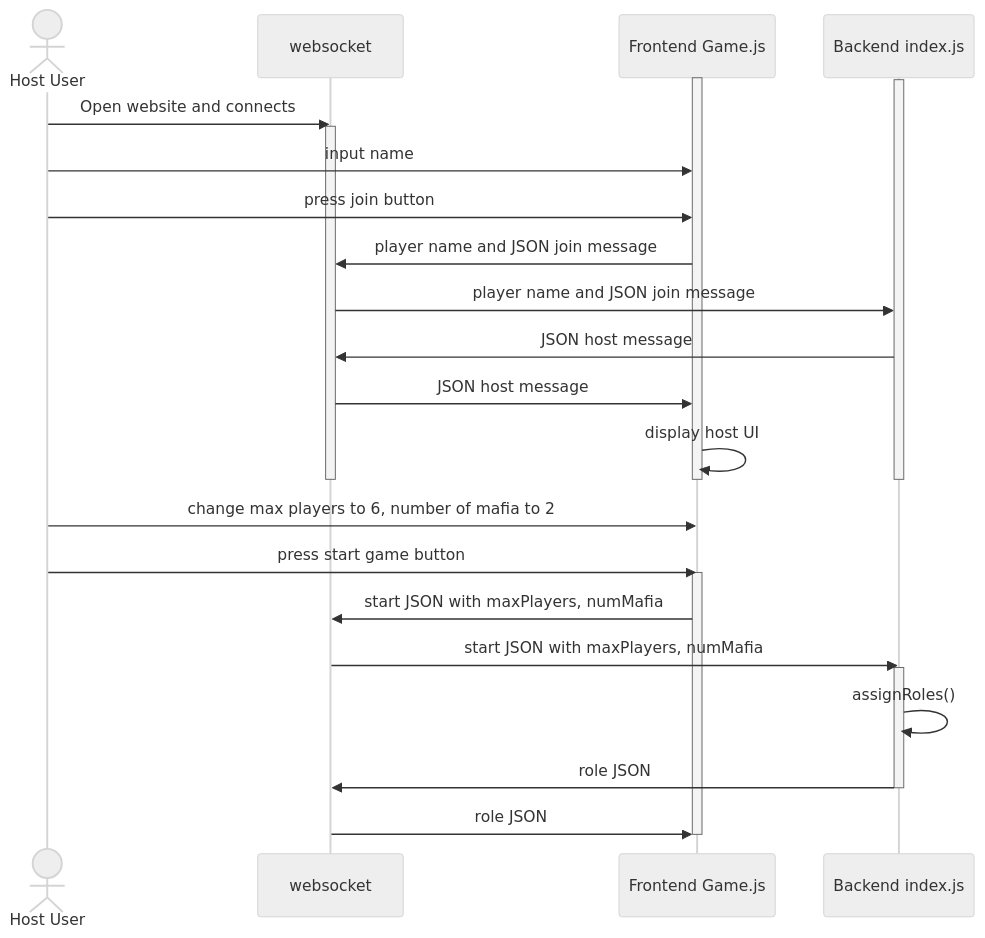
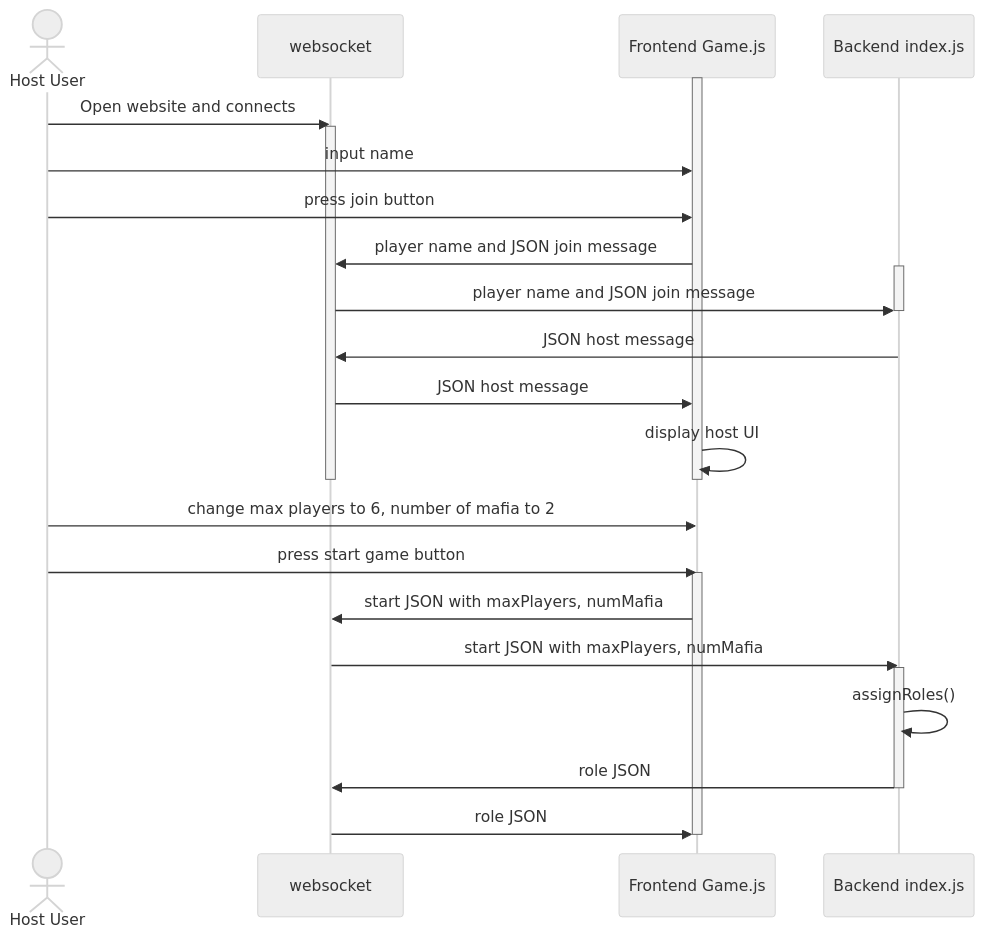
Before and after one commit to cis3296f24/cis3296f24-classroom-applebaum-final-projects-tu-cis-4398-docs-template: the second of 2 diagrams in README.md, drawn with Mermaid (neutral theme). The commit also changed other lines of this file, not shown here.

````diff
--- a/README.md
+++ b/README.md
@@ -40,36 +39,37 @@
 ```mermaid
 
 sequenceDiagram
     actor Host User
     participant websocket
     participant Frontend Game.js
     participant Backend index.js
     
     activate Frontend Game.js
-    activate Backend index.js
+    
     Host User ->> websocket: Open website and connects
     activate websocket
     
     Host User ->> Frontend Game.js: input name
     Host User ->> Frontend Game.js: press join button
     Frontend Game.js ->> websocket: player name and JSON join message
+    activate Backend index.js
     websocket ->> Backend index.js: player name and JSON join message
+    deactivate Backend index.js
     Backend index.js ->> websocket: JSON host message
     websocket ->> Frontend Game.js: JSON host message
     Frontend Game.js ->> Frontend Game.js: display host UI
     deactivate websocket
     deactivate Frontend Game.js
-    deactivate Backend index.js
     Host User ->> Frontend Game.js: change max players to 6, number of mafia to 2
     Host User ->> Frontend Game.js: press start game button
     activate Frontend Game.js
     Frontend Game.js ->> websocket: start JSON with maxPlayers, numMafia
     websocket ->> Backend index.js: start JSON with maxPlayers, numMafia
     activate Backend index.js
     Backend index.js ->> Backend index.js: assignRoles()
     Backend index.js ->> websocket: role JSON
     deactivate Backend index.js
     websocket ->> Frontend Game.js: role JSON
     deactivate Frontend Game.js
 
 ```
````
